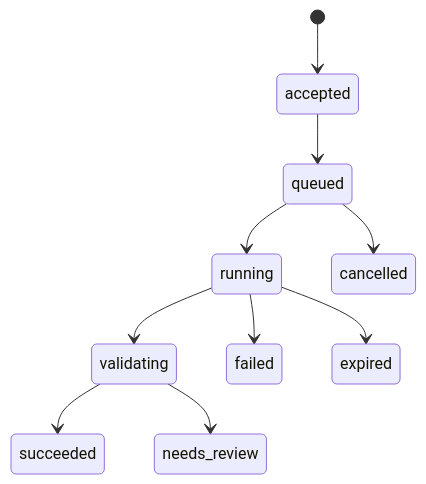
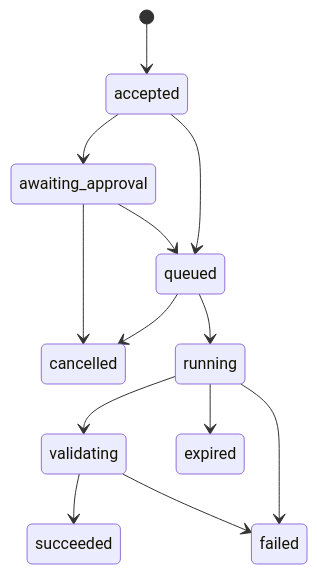
The second of 2 diagrams in ARCHITECTURE.md (AIALRA-0/AIALRA-CODEX-API), drawn with Mermaid before and after one commit. The commit also changed other lines of this file and 106 other files, not shown here.

````diff
--- a/ARCHITECTURE.md
+++ b/ARCHITECTURE.md
@@ -45,12 +55,15 @@
 ```mermaid
 stateDiagram-v2
     [*] --> accepted
+    accepted --> awaiting_approval
+    awaiting_approval --> queued
+    awaiting_approval --> cancelled
     accepted --> queued
     queued --> running
     running --> validating
     validating --> succeeded
-    validating --> needs_review
+    validating --> failed
     queued --> cancelled
     running --> failed
     running --> expired
 ```
````
